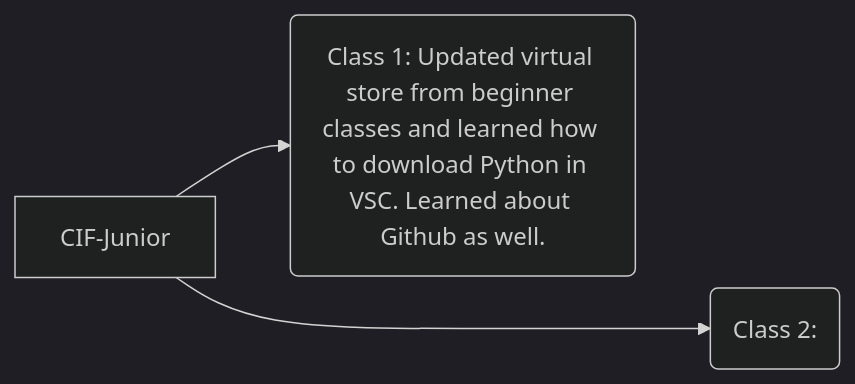
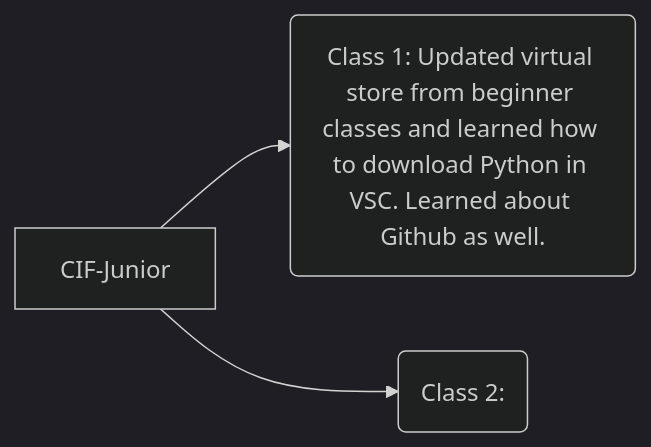
The diagram in README.md (deoclabber/CIF-Junior), drawn with Mermaid (dark theme) before and after one commit.

````diff
--- a/README.md
+++ b/README.md
@@ -9,5 +9,5 @@
 ```mermaid
 graph LR;
   A[CIF-Junior] --> B(Class 1: Updated virtual store from beginner classes and learned how to download Python in VSC. Learned about Github as well.);
-  A ---> C(Class 2:);
+  A --> C(Class 2:);
 ```
````
